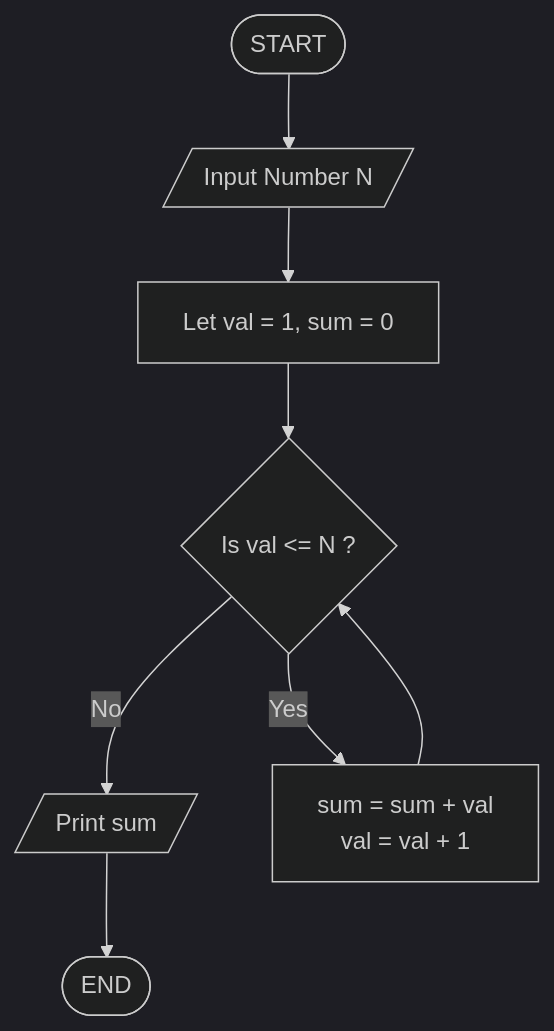
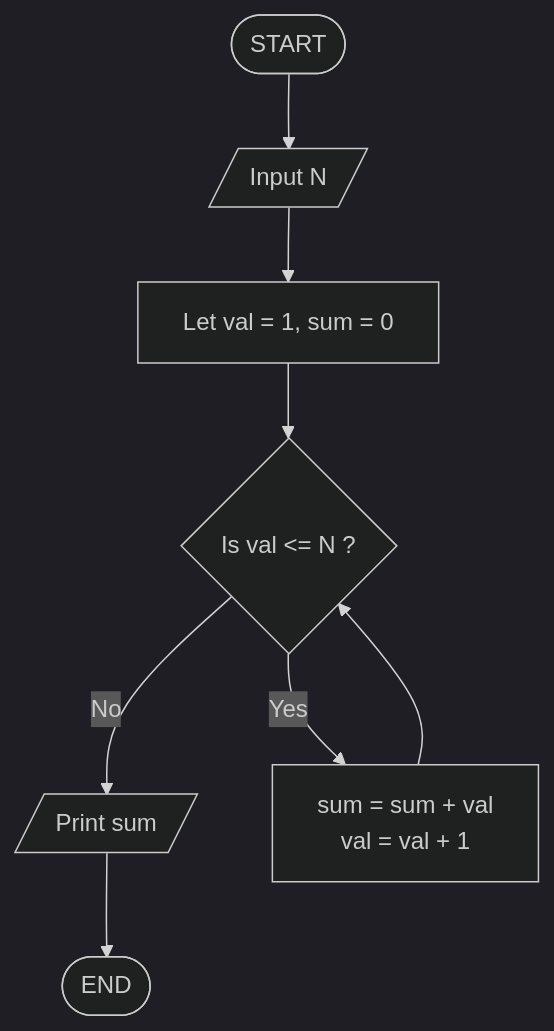
One commit to jayesh-shivlani/Java changed the seventh of 7 diagrams in FlowchartsAndPseudocodes/README.md. Above: the diagram before and after it, drawn with Mermaid (dark theme). The commit also changed other lines of this file and 7 other files, not shown here.

Commit message:
Refactor Flowcharts and Pseudocodes: Update README for clarity, add Practice Questions, and reorganize content. Remove unused files for better structure.

````diff
--- a/FlowchartsAndPseudocodes/README.md
+++ b/FlowchartsAndPseudocodes/README.md
@@ -255,11 +256,11 @@
 ```mermaid
 graph TD
 
-A([START]) --> B[/Input Number N/]
+A([START]) --> B[/Input N/]
 B --> C[Let val = 1, sum = 0]
 C --> D{Is val <= N ?}
 D -- No --> F[/Print sum/]
 D -- Yes --> E[sum = sum + val <br/> val = val + 1]
 E --> D
 F --> H([END])
 ```
````
